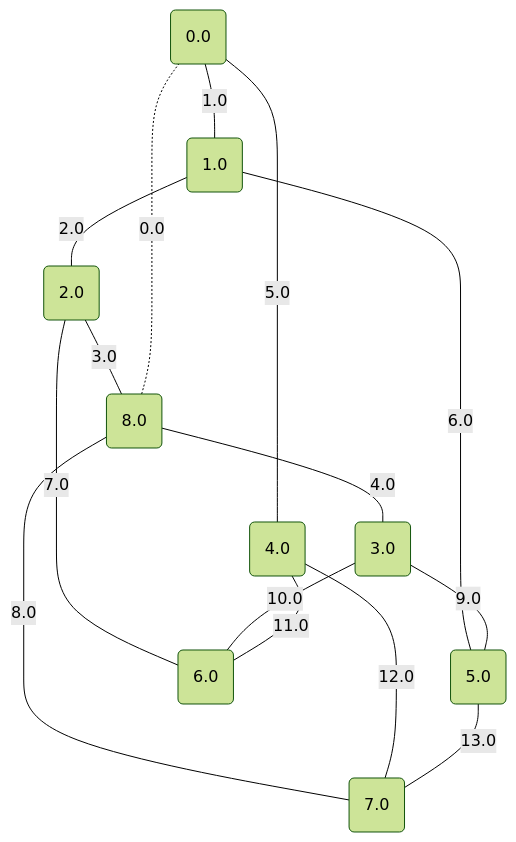
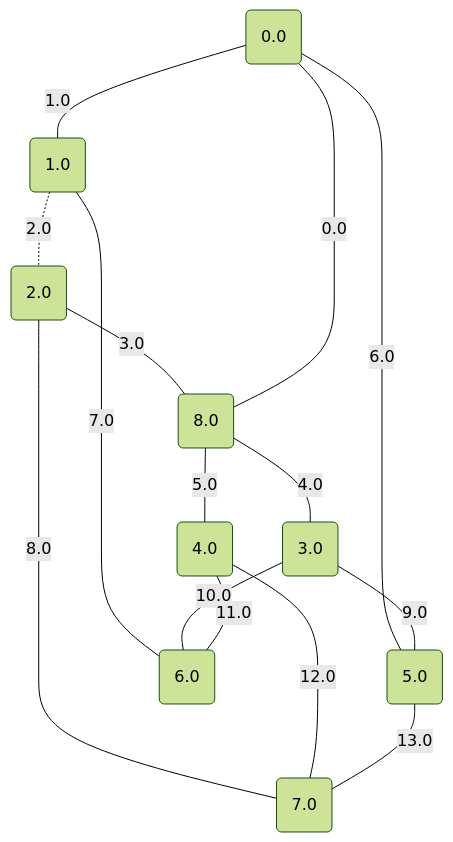
One commit to metury/graphs changed the fourth of 17 diagrams in project/src/testing/minCutPetersen.md. Above: the diagram before and after it, drawn with Mermaid (forest theme). The commit also changed other lines of this file and 78 other files, not shown here.

````diff
--- a/project/src/testing/minCutPetersen.md
+++ b/project/src/testing/minCutPetersen.md
@@ -106,26 +106,26 @@
 ```mermaid
 graph TD;
 0("0.0");
 1("1.0");
 2("2.0");
 3("3.0");
 4("4.0");
 5("5.0");
 6("6.0");
 7("7.0");
 8("8.0");
-	8 -. "0.0" -.- 0;
+	8 -- "0.0" --- 0;
 	0 -- "1.0" --- 1;
-	1 -- "2.0" --- 2;
+	1 -. "2.0" -.- 2;
 	2 -- "3.0" --- 8;
 	8 -- "4.0" --- 3;
-	0 -- "5.0" --- 4;
-	1 -- "6.0" --- 5;
-	2 -- "7.0" --- 6;
-	8 -- "8.0" --- 7;
+	8 -- "5.0" --- 4;
+	0 -- "6.0" --- 5;
+	1 -- "7.0" --- 6;
+	2 -- "8.0" --- 7;
 	3 -- "9.0" --- 5;
 	3 -- "10.0" --- 6;
 	4 -- "11.0" --- 6;
 	4 -- "12.0" --- 7;
 	5 -- "13.0" --- 7;
 ```
````
